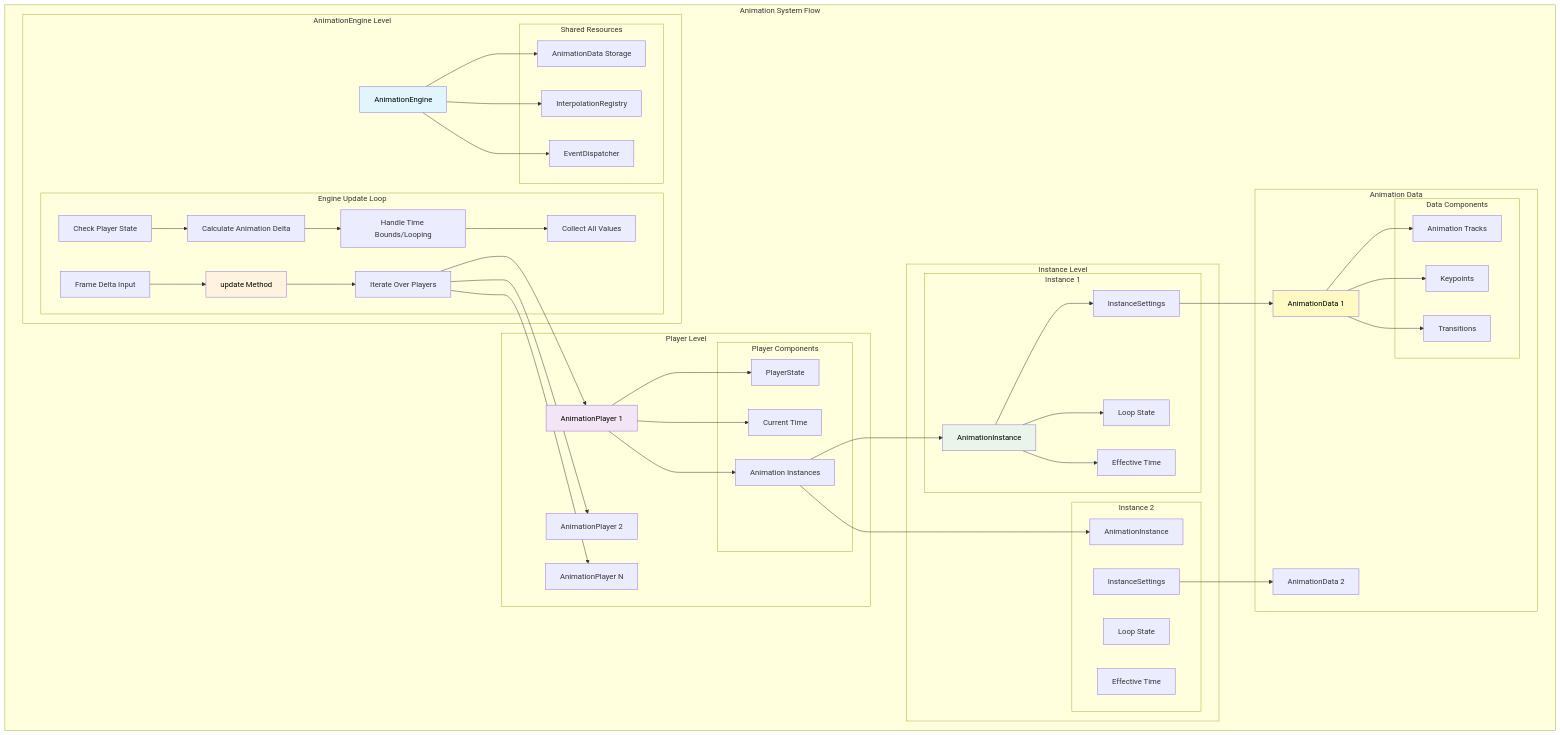
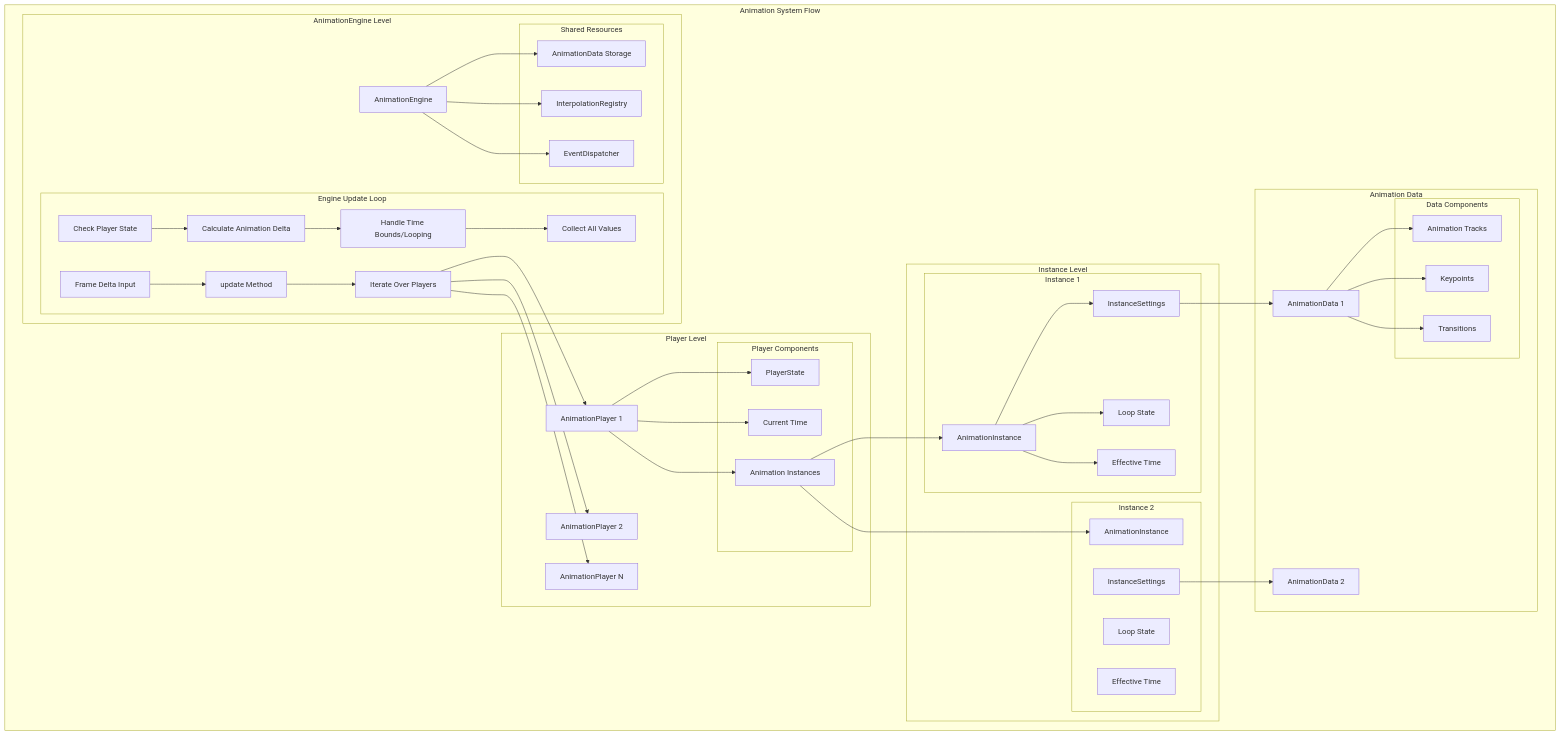
One commit to semio-ai/arora-sdk changed the second of 3 diagrams in crates/arora-animation/animation-player/Player.md. Above: the diagram before and after it, drawn with Mermaid. The commit also changed other lines of this file and 3 other files, not shown here.

````diff
--- a/crates/arora-animation/animation-player/Player.md
+++ b/crates/arora-animation/animation-player/Player.md
@@ -176,9 +170,4 @@
     TimeCalculation --> BoundsHandling
     BoundsHandling --> CollectValues
 
-    style Engine fill:#e1f5fe,color:#000
-    style UpdateLoop fill:#fff3e0,color:#000
-    style Player1 fill:#f3e5f5,color:#000
-    style Inst1 fill:#e8f5e8,color:#000
-    style AnimData1 fill:#fff9c4,color:#000
 ```
````
